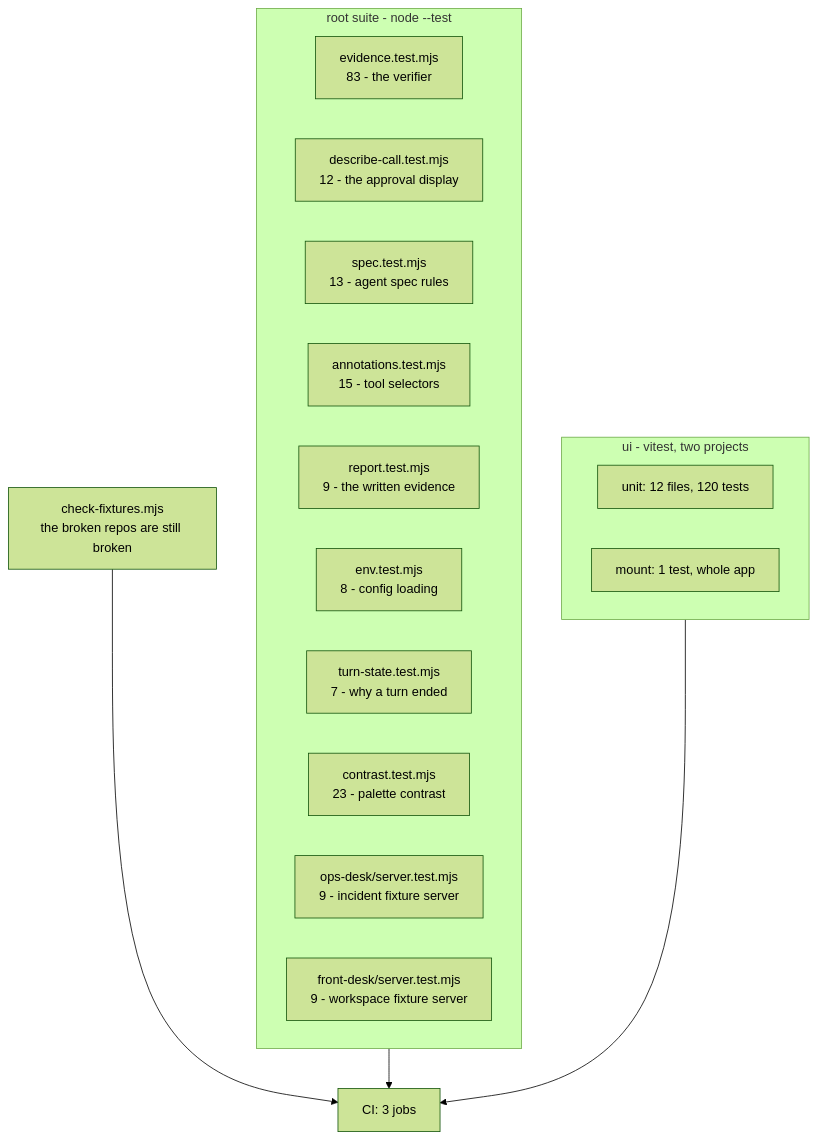
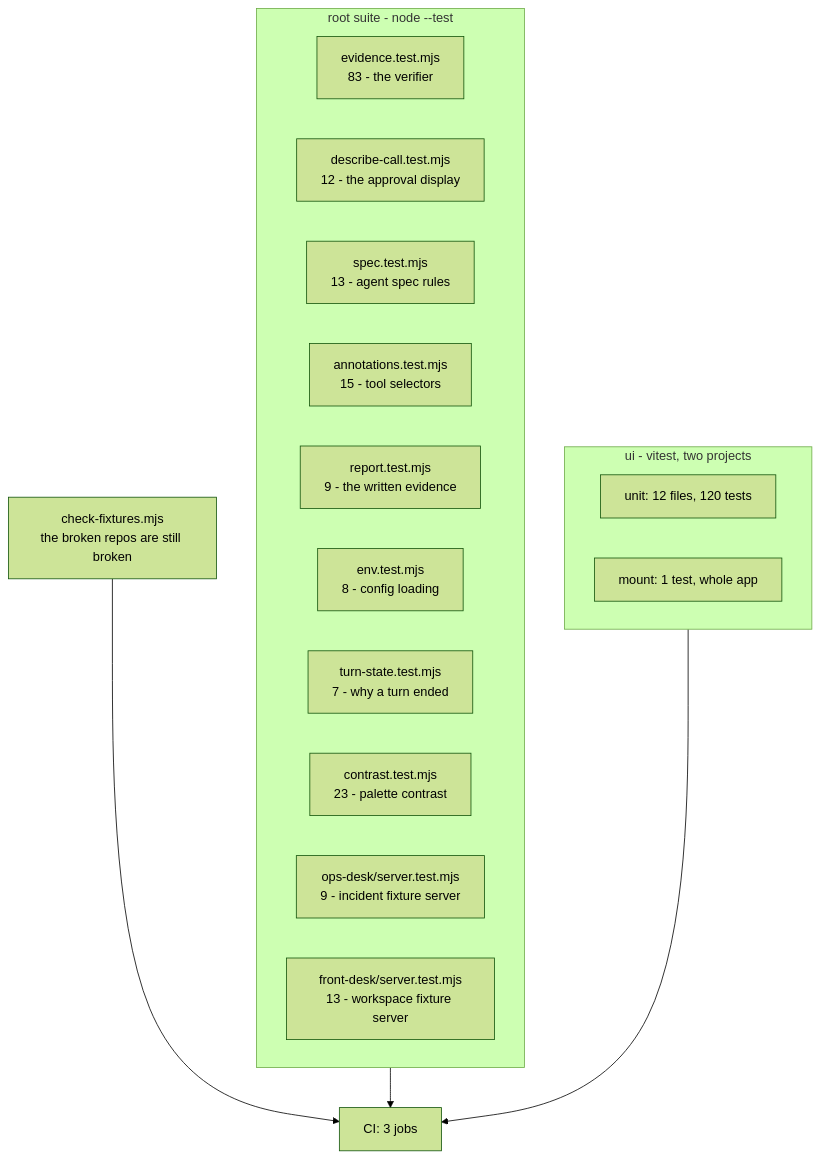
The diagram in TESTING.md (manumishra12/quartermaster), drawn with Mermaid (forest theme) before and after one commit. The commit also changed other lines of this file and 5 other files, not shown here.

````diff
--- a/TESTING.md
+++ b/TESTING.md
@@ -30,26 +30,26 @@
 ```mermaid
 flowchart TD
   subgraph root["root suite - node --test"]
     EV["evidence.test.mjs<br/>83 - the verifier"]
     DC["describe-call.test.mjs<br/>12 - the approval display"]
     SP["spec.test.mjs<br/>13 - agent spec rules"]
     AN["annotations.test.mjs<br/>15 - tool selectors"]
     RP["report.test.mjs<br/>9 - the written evidence"]
     EN["env.test.mjs<br/>8 - config loading"]
     TS["turn-state.test.mjs<br/>7 - why a turn ended"]
     CO["contrast.test.mjs<br/>23 - palette contrast"]
     OD["ops-desk/server.test.mjs<br/>9 - incident fixture server"]
-    FD["front-desk/server.test.mjs<br/>9 - workspace fixture server"]
+    FD["front-desk/server.test.mjs<br/>13 - workspace fixture server"]
   end
 
   subgraph ui["ui - vitest, two projects"]
     U1["unit: 12 files, 120 tests"]
     U2["mount: 1 test, whole app"]
   end
 
   FX["check-fixtures.mjs<br/>the broken repos are still broken"]
 
   root --> CI["CI: 3 jobs"]
   ui --> CI
   FX --> CI
 ```
````
